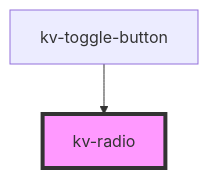
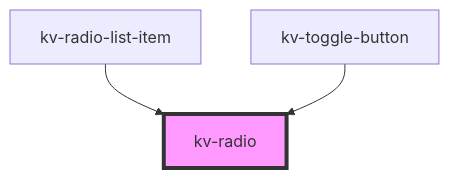
One commit to kelvininc/ui-components changed the diagram in packages/ui-components/src/components/radio/readme.md. Above: the diagram before and after it, drawn with Mermaid. The commit also changed other lines of this file and 31 other files, not shown here.

Commit message:
feat(radio-list): add component

````diff
--- a/packages/ui-components/src/components/radio/readme.md
+++ b/packages/ui-components/src/components/radio/readme.md
@@ -88,5 +89,6 @@
 ```mermaid
 graph TD;
+  kv-radio-list-item --> kv-radio
   kv-toggle-button --> kv-radio
   style kv-radio fill:#f9f,stroke:#333,stroke-width:4px
 ```
````
